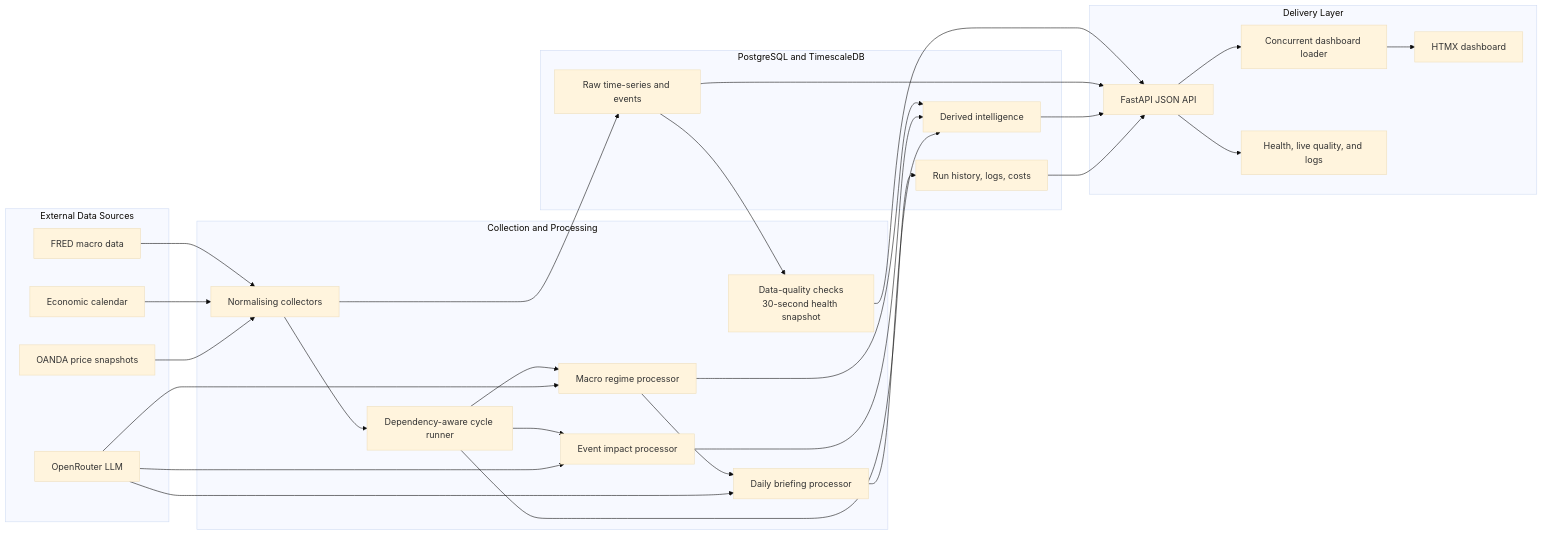
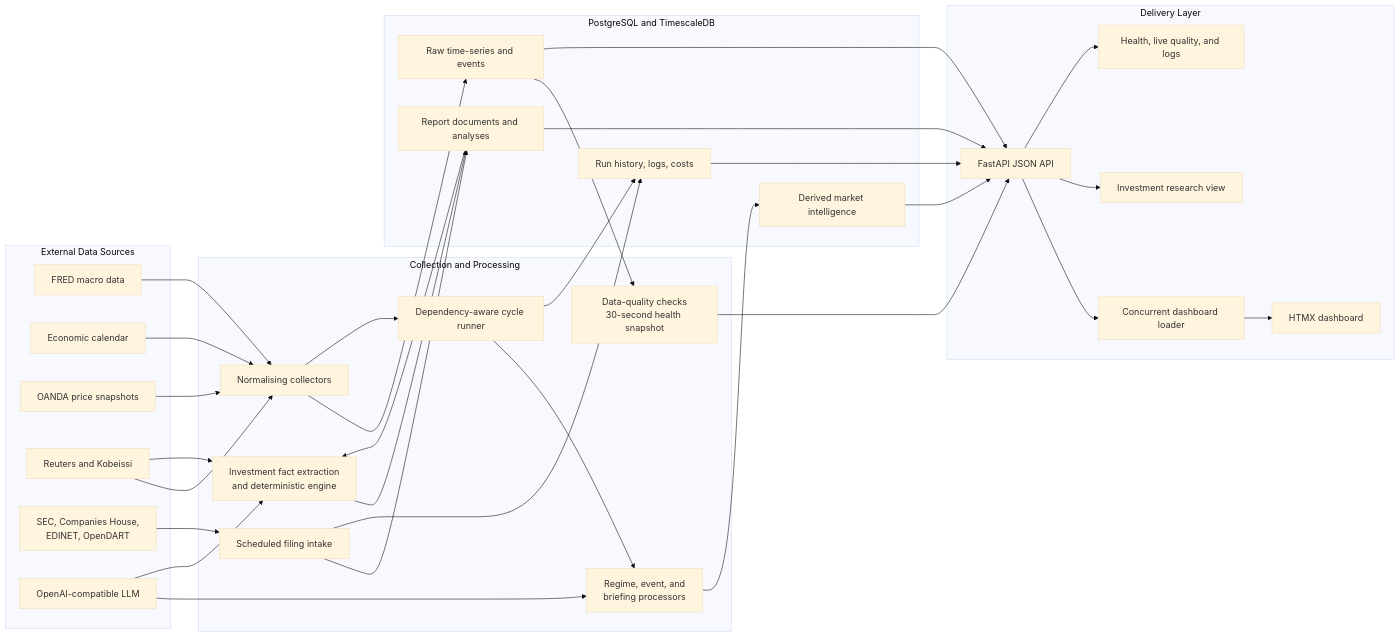
One commit to cpu23/trading-data-platform changed the diagram in README.md. Above: the diagram before and after it, drawn with Mermaid (base theme). The commit also changed other lines of this file and 8 other files, not shown here.

Commit message:
Document investment research subsystem

````diff
--- a/README.md
+++ b/README.md
@@ -39,57 +39,61 @@
 ```mermaid
 flowchart LR
     subgraph Sources["External Data Sources"]
         FRED["FRED macro data"]
         Calendar["Economic calendar"]
         OANDA["OANDA price snapshots"]
-        LLM["OpenRouter LLM"]
+        News["Reuters and Kobeissi"]
+        Filings["SEC, Companies House,<br/>EDINET, OpenDART"]
+        LLM["OpenAI-compatible LLM"]
     end
 
     subgraph Orchestration["Collection and Processing"]
         Collectors["Normalising collectors"]
         Cycle["Dependency-aware cycle runner"]
-        Regime["Macro regime processor"]
-        Events["Event impact processor"]
-        Briefing["Daily briefing processor"]
+        FilingIntake["Scheduled filing intake"]
+        Investment["Investment fact extraction<br/>and deterministic engine"]
+        Intelligence["Regime, event, and<br/>briefing processors"]
         Quality["Data-quality checks<br/>30-second health snapshot"]
     end
 
     subgraph Storage["PostgreSQL and TimescaleDB"]
         Raw["Raw time-series and events"]
-        Derived["Derived intelligence"]
+        Reports["Report documents and analyses"]
+        Derived["Derived market intelligence"]
         Operations["Run history, logs, costs"]
     end
 
     subgraph Delivery["Delivery Layer"]
         API["FastAPI JSON API"]
         Fanout["Concurrent dashboard loader"]
         Dashboard["HTMX dashboard"]
+        Investments["Investment research view"]
         Health["Health, live quality, and logs"]
     end
 
     FRED --> Collectors
     Calendar --> Collectors
     OANDA --> Collectors
+    News --> Collectors
     Collectors --> Raw
     Collectors --> Cycle
 
-    Cycle --> Regime
-    Cycle --> Events
-    Regime --> Briefing
-    LLM --> Regime
-    LLM --> Events
-    LLM --> Briefing
+    Cycle --> Intelligence
+    LLM --> Intelligence --> Derived
+    Raw --> Quality --> API
 
-    Regime --> Derived
-    Events --> Derived
-    Briefing --> Derived
+    Filings --> FilingIntake --> Reports
+    Reports --> Investment
+    News --> Investment
+    LLM --> Investment --> Reports
     Cycle --> Operations
-    Raw --> Quality
-    Quality --> API
+    FilingIntake --> Operations
 
     Raw --> API
+    Reports --> API
     Derived --> API
     Operations --> API
     API --> Fanout --> Dashboard
+    API --> Investments
     API --> Health
 ```
````
